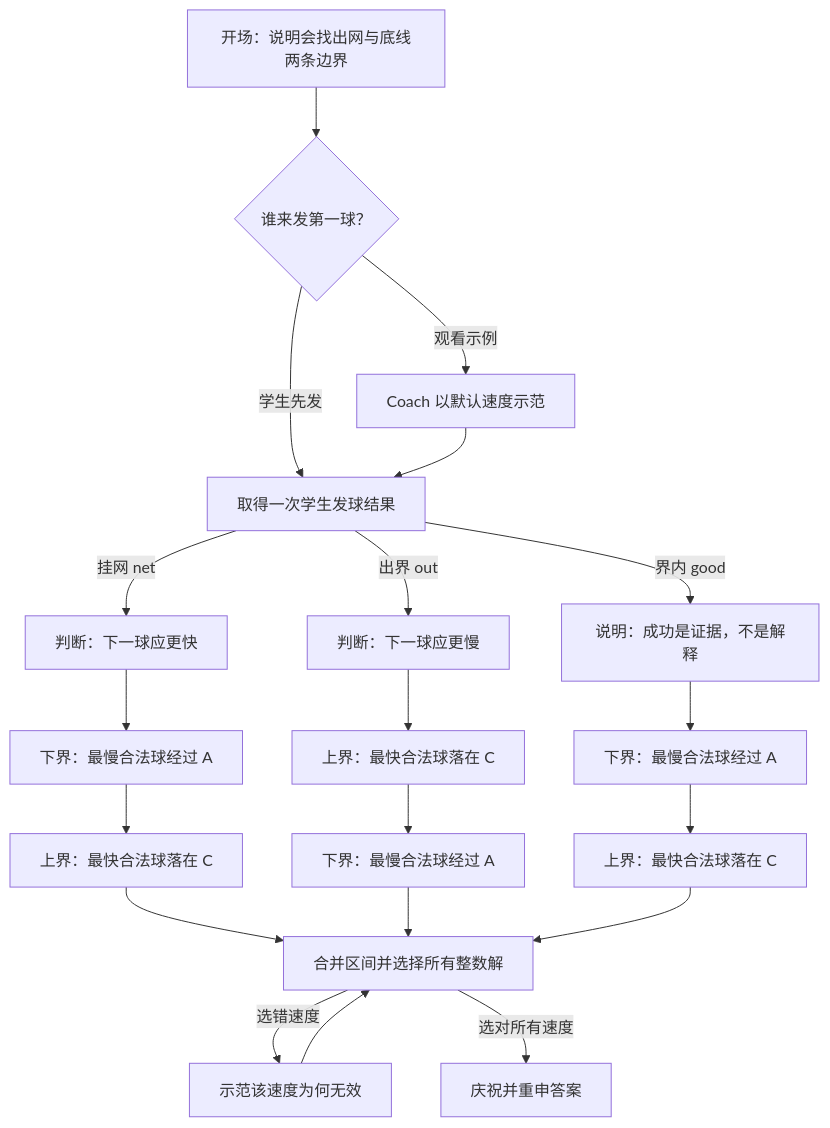
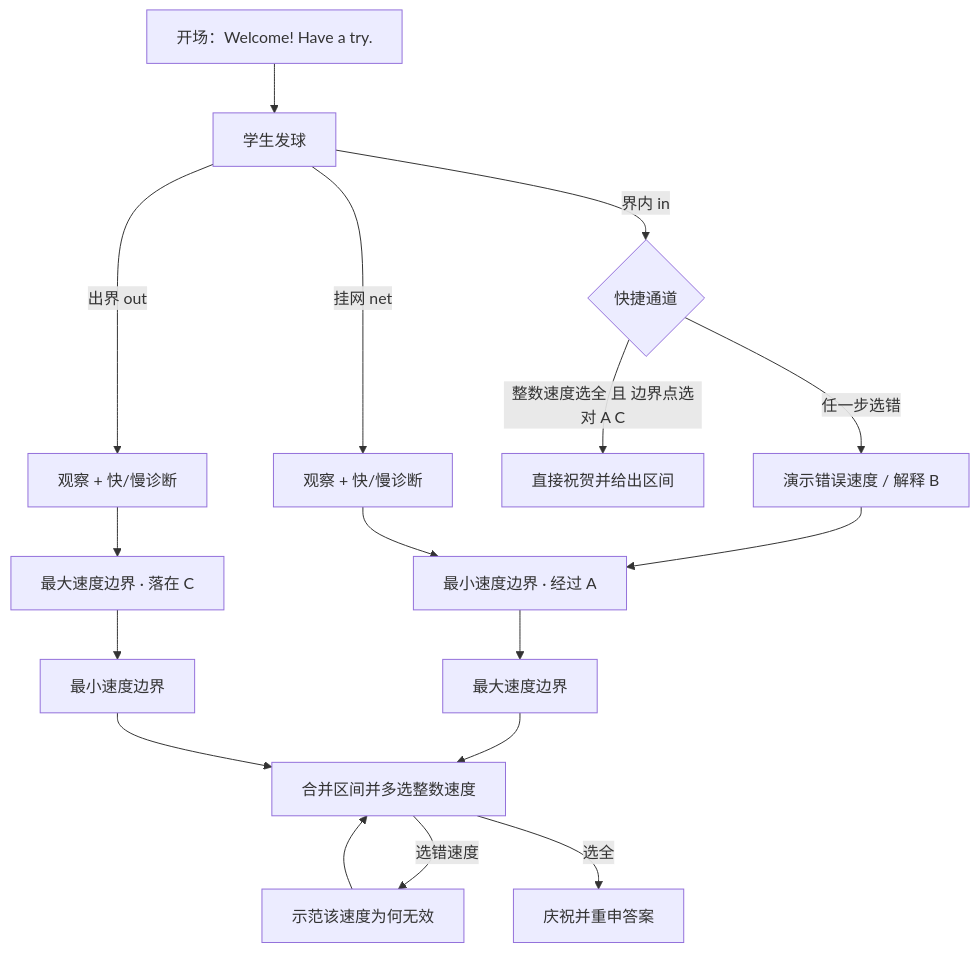
The diagram in labs/volleyball-serve/COACH_DIALOGUE.md (broshu/phylab.uk), drawn with Mermaid before and after one commit. The commit also changed other lines of this file and 10 other files, not shown here.

````diff
--- a/labs/volleyball-serve/COACH_DIALOGUE.md
+++ b/labs/volleyball-serve/COACH_DIALOGUE.md
@@ -28,22 +39,21 @@
 ```mermaid
 flowchart TD
-    Start[开场：说明会找出网与底线两条边界] --> First{谁来发第一球？}
-    First -->|学生先发| Observe[取得一次学生发球结果]
-    First -->|观看示例| Demo[Coach 以默认速度示范] --> Observe
+    Start[开场：Welcome! Have a try.] --> Serve[学生发球]
 
-    Observe -->|挂网 net| Net[判断：下一球应更快]
-    Observe -->|出界 out| Out[判断：下一球应更慢]
-    Observe -->|界内 good| Good[说明：成功是证据，不是解释]
+    Serve -->|挂网 net| Net[观察 + 快/慢诊断]
+    Serve -->|出界 out| Out[观察 + 快/慢诊断]
+    Serve -->|界内 in| Fast{快捷通道}
 
-    Net --> LowerNet[下界：最慢合法球经过 A]
-    LowerNet --> UpperAfterNet[上界：最快合法球落在 C]
-    Out --> UpperOut[上界：最快合法球落在 C]
-    UpperOut --> LowerAfterOut[下界：最慢合法球经过 A]
-    Good --> LowerGood[下界：最慢合法球经过 A]
-    LowerGood --> UpperAfterGood[上界：最快合法球落在 C]
-    UpperAfterNet --> Final[合并区间并选择所有整数解]
-    LowerAfterOut --> Final
-    UpperAfterGood --> Final
+    Fast -->|整数速度选全 且 边界点选对 A C| Done[直接祝贺并给出区间]
+    Fast -->|任一步选错| Explain[演示错误速度 / 解释 B] --> MinFirst
+
+    Net --> MinFirst[最小速度边界 · 经过 A]
+    Out --> MaxFirst[最大速度边界 · 落在 C]
+
+    MinFirst --> MaxRest[最大速度边界]
+    MaxFirst --> MinRest[最小速度边界]
+    MaxRest --> Final[合并区间并多选整数速度]
+    MinRest --> Final
     Final -->|选错速度| Test[示范该速度为何无效] --> Final
-    Final -->|选对所有速度| Complete[庆祝并重申答案]
+    Final -->|选全| Complete[庆祝并重申答案]
 ```
````
